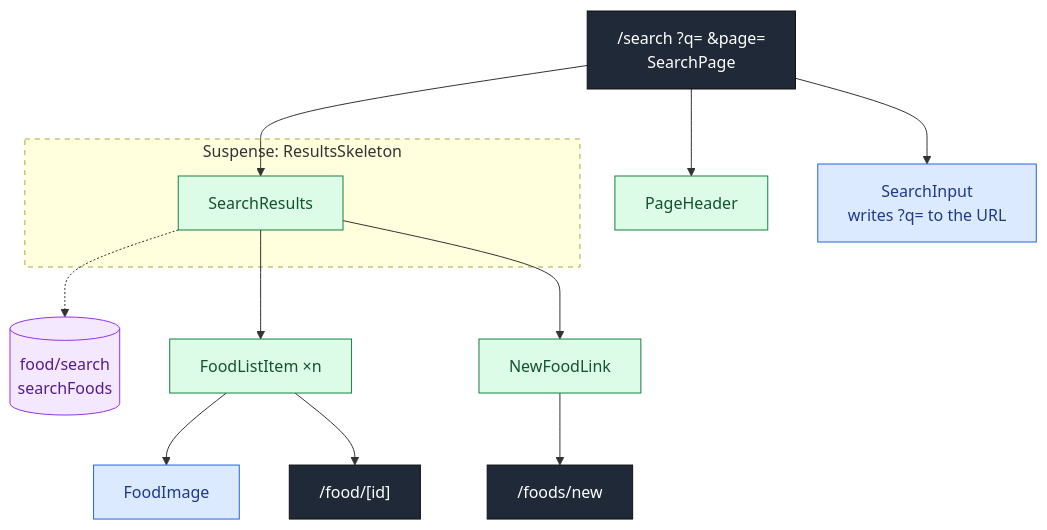
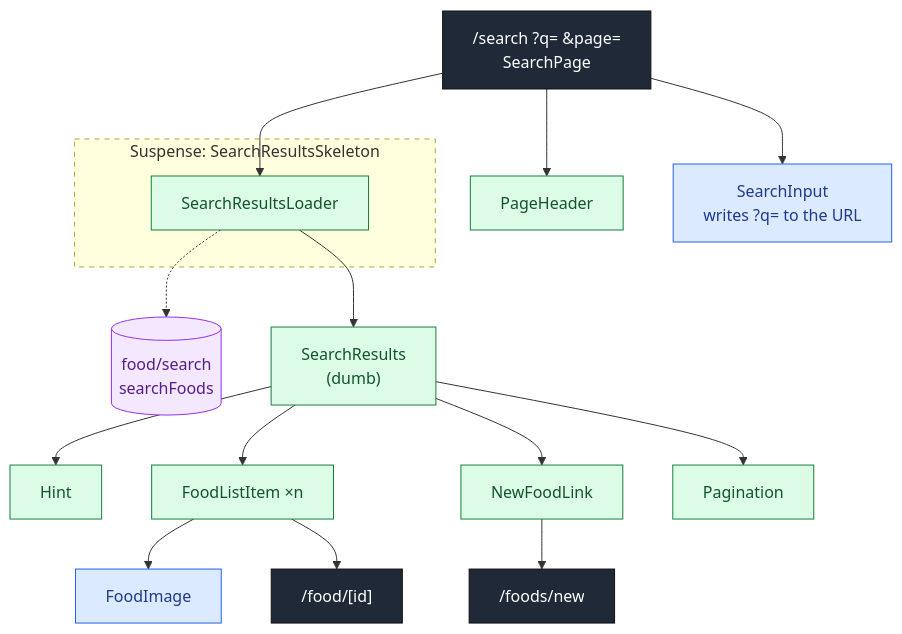
Before and after one commit to P4t4m8n/bite-buddy: the seventh of 15 diagrams in docs/COMPONENTS-DIAGRAMS.md, drawn with Mermaid. The commit also changed other lines of this file and 85 other files, not shown here.

First line of the commit message:
Refactor stats charts and improve code organization

````diff
--- a/docs/COMPONENTS-DIAGRAMS.md
+++ b/docs/COMPONENTS-DIAGRAMS.md
@@ -179,22 +181,25 @@
 ```mermaid
 flowchart TD
   Page["/search ?q= &page=<br/>SearchPage"]:::page
   Page --> Header["PageHeader"]:::server
   Page --> SI["SearchInput<br/>writes ?q= to the URL"]:::client
-  subgraph S1 ["Suspense: ResultsSkeleton"]
-    Results["SearchResults"]:::server
+  subgraph S1 ["Suspense: SearchResultsSkeleton"]
+    Loader["SearchResultsLoader"]:::server
   end
-  Page --> Results
-  Results -.-> D1[("food/search<br/>searchFoods")]:::data
+  Page --> Loader
+  Loader -.-> D1[("food/search<br/>searchFoods")]:::data
+  Loader --> Results["SearchResults<br/>(dumb)"]:::server
+  Results --> Hint["Hint"]:::server
   Results --> Item["FoodListItem ×n"]:::server
   Results --> NewLink["NewFoodLink"]:::server
+  Results --> Pag["Pagination"]:::server
   Item --> Img["FoodImage"]:::client
   Item --> FoodPage["/food/[id]"]:::page
   NewLink --> NewFood["/foods/new"]:::page
 
   classDef page fill:#1f2937,color:#fff,stroke:#111
   classDef server fill:#dcfce7,color:#14532d,stroke:#15803d
   classDef client fill:#dbeafe,color:#1e3a8a,stroke:#2563eb
   classDef data fill:#f3e8ff,color:#581c87,stroke:#9333ea
   style S1 stroke-dasharray: 5 5
 ```
````
